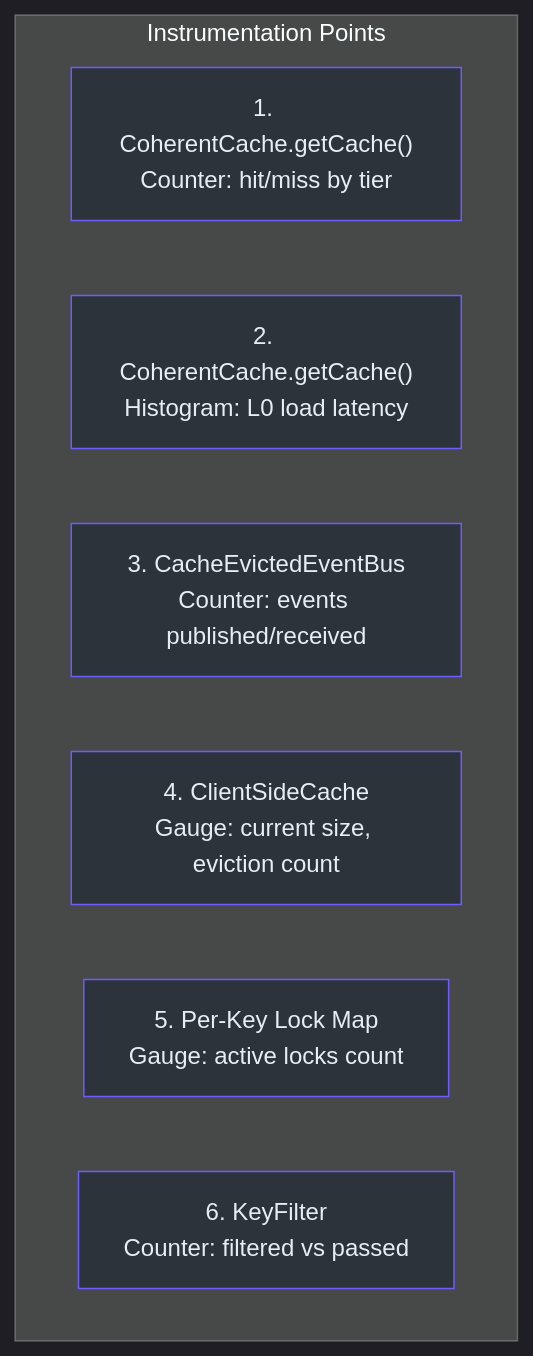
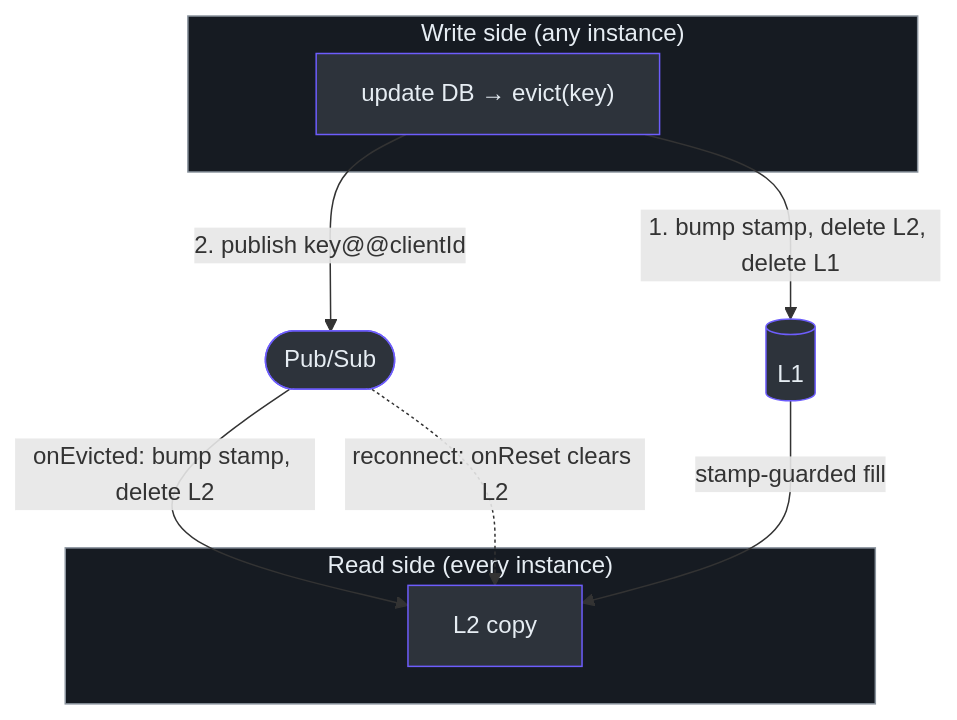
One commit to Ahoo-Wang/CoCache changed the first of 2 diagrams in wiki/onboarding/staff-engineer.md. Above: the diagram before and after it, drawn with Mermaid. The commit also changed other lines of this file and 256 other files, not shown here.

````diff
--- a/wiki/onboarding/staff-engineer.md
+++ b/wiki/onboarding/staff-engineer.md
@@ -837,19 +32,21 @@
 ```mermaid
-%%{init: {'theme': 'dark', 'themeVariables': {'primaryColor': '#2d333b', 'primaryBorderColor': '#6d5dfc', 'primaryTextColor': '#e6edf3', 'lineColor': '#8b949e', 'subgraphBgColor': '#161b22'}}}%%
 graph TB
-    subgraph sg_81 ["Instrumentation Points"]
-        P1["1. CoherentCache.getCache()<br>Counter: hit/miss by tier"]
-        P2["2. CoherentCache.getCache()<br>Histogram: L0 load latency"]
-        P3["3. CacheEvictedEventBus<br>Counter: events published/received"]
-        P4["4. ClientSideCache<br>Gauge: current size, eviction count"]
-        P5["5. Per-Key Lock Map<br>Gauge: active locks count"]
-        P6["6. KeyFilter<br>Counter: filtered vs passed"]
+    subgraph writers ["Write side (any instance)"]
+        W["update DB → evict(key)"]
     end
+    subgraph readers ["Read side (every instance)"]
+        L2["L2 copy"]
+    end
+    W -->|"1. bump stamp, delete L2, delete L1"| L1[("L1")]
+    W -->|"2. publish key@@clientId"| PS(["Pub/Sub"])
+    PS -->|"onEvicted: bump stamp, delete L2"| L2
+    PS -.->|"reconnect: onReset clears L2"| L2
+    L1 -->|"stamp-guarded fill"| L2
 
-    style P1 fill:#2d333b,stroke:#6d5dfc,color:#e6edf3
-    style P2 fill:#2d333b,stroke:#6d5dfc,color:#e6edf3
-    style P3 fill:#2d333b,stroke:#6d5dfc,color:#e6edf3
-    style P4 fill:#2d333b,stroke:#6d5dfc,color:#e6edf3
-    style P5 fill:#2d333b,stroke:#6d5dfc,color:#e6edf3
-    style P6 fill:#2d333b,stroke:#6d5dfc,color:#e6edf3
+    style W fill:#2d333b,stroke:#6d5dfc,color:#e6edf3
+    style L2 fill:#2d333b,stroke:#6d5dfc,color:#e6edf3
+    style L1 fill:#2d333b,stroke:#6d5dfc,color:#e6edf3
+    style PS fill:#2d333b,stroke:#6d5dfc,color:#e6edf3
+    style writers fill:#161b22,stroke:#8b949e,color:#e6edf3
+    style readers fill:#161b22,stroke:#8b949e,color:#e6edf3
 ```
````
